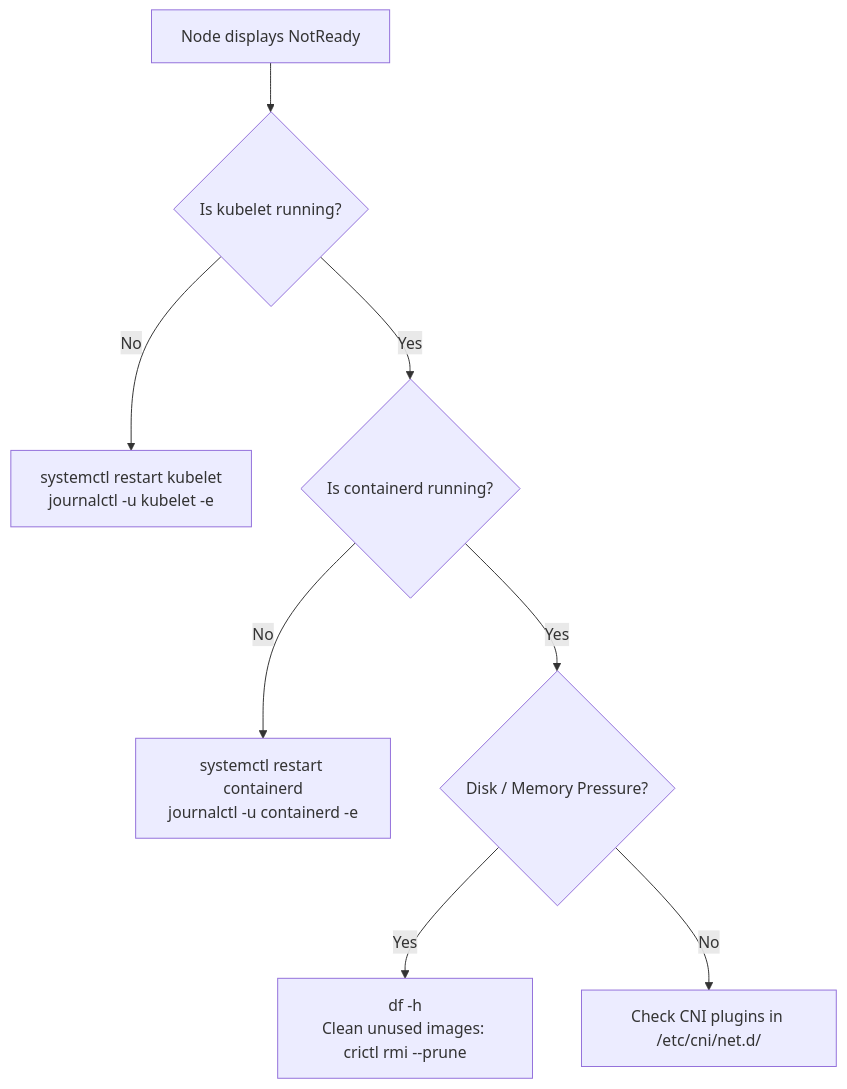
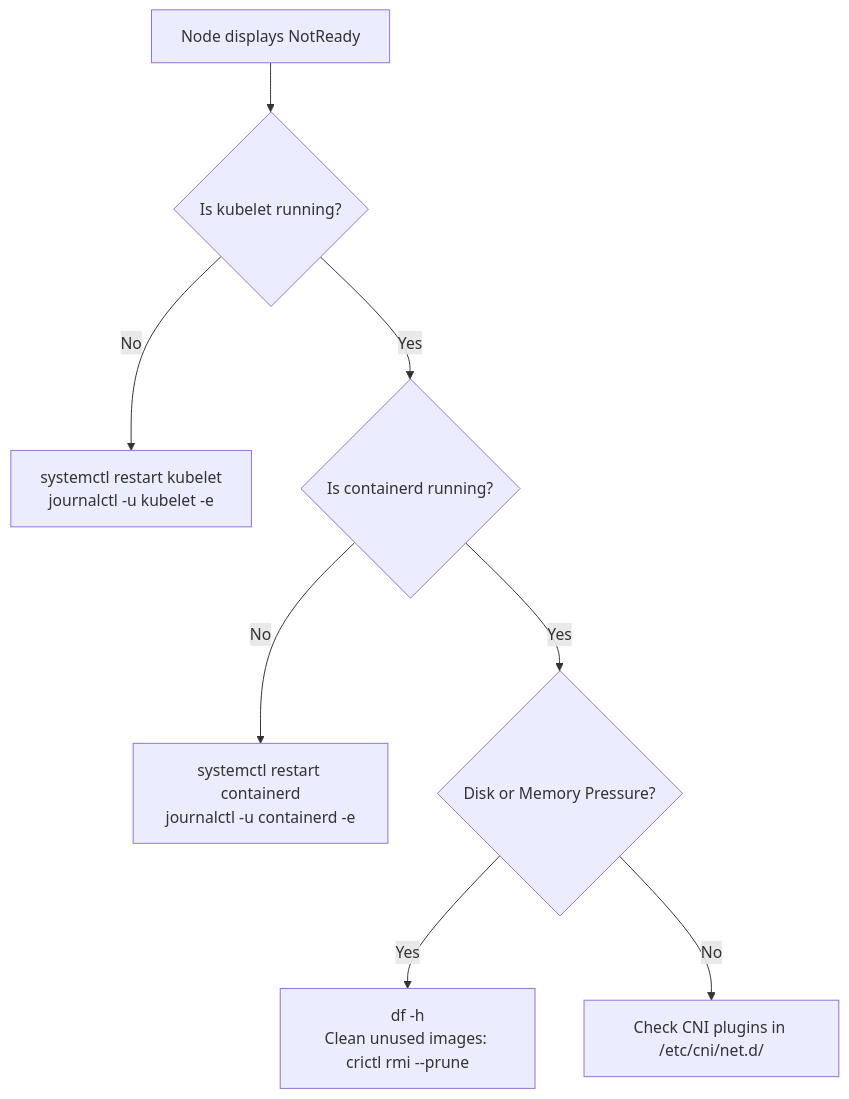
One commit to LikhithST/CKA-Notes changed the second of 2 diagrams in cluster-architecture.md. Above: the diagram before and after it, drawn with Mermaid. The commit also changed other lines of this file and 2 other files, not shown here.

````diff
--- a/cluster-architecture.md
+++ b/cluster-architecture.md
@@ -228,10 +290,10 @@
 ```mermaid
 flowchart TD
     Start["Node displays NotReady"] --> KubeletCheck{"Is kubelet running?"}
     KubeletCheck -- No --> StartKubelet["systemctl restart kubelet<br/>journalctl -u kubelet -e"]
     KubeletCheck -- Yes --> CRICheck{"Is containerd running?"}
     CRICheck -- No --> StartCRI["systemctl restart containerd<br/>journalctl -u containerd -e"]
-    CRICheck -- Yes --> DiskCheck{"Disk / Memory Pressure?"}
+    CRICheck -- Yes --> DiskCheck{"Disk or Memory Pressure?"}
     DiskCheck -- Yes --> FreeDisk["df -h<br/>Clean unused images: crictl rmi --prune"]
     DiskCheck -- No --> CNICheck["Check CNI plugins in /etc/cni/net.d/"]
 ```
````
